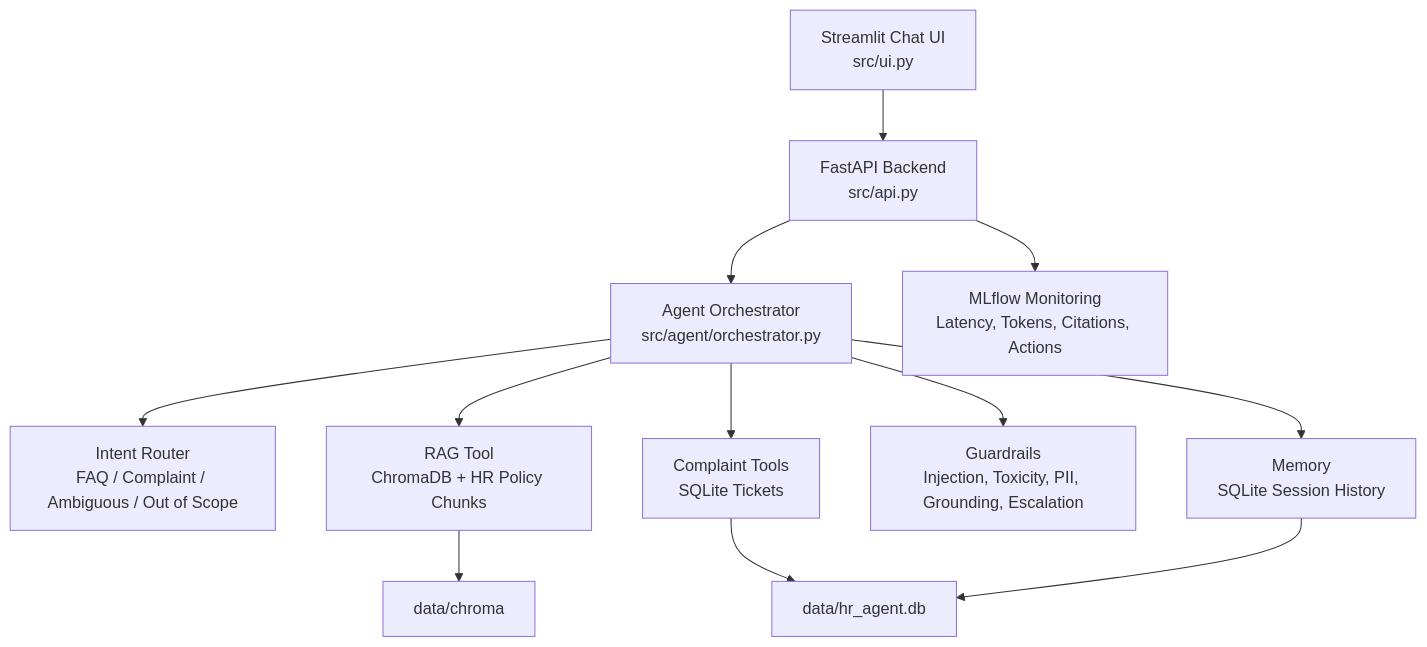
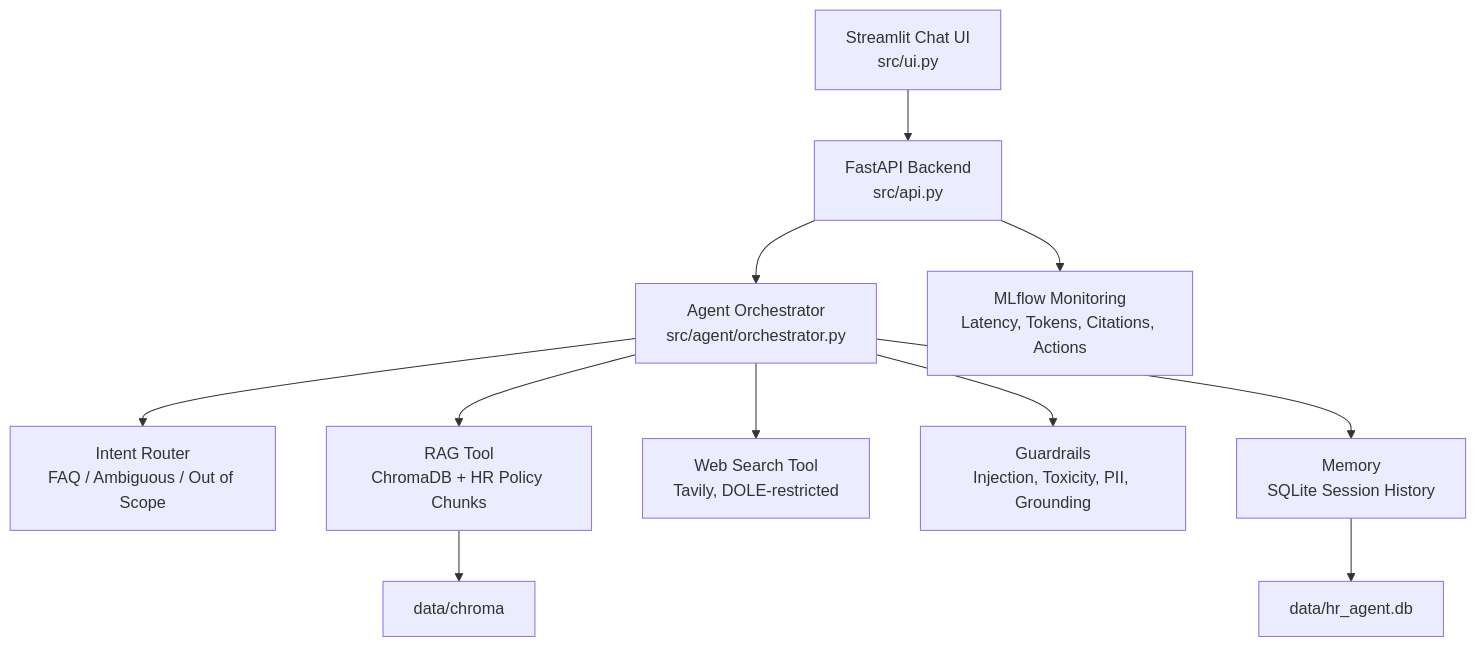
Before and after one commit to tonyyyy0304/stai-capstone: the diagram in README.md, drawn with Mermaid. The commit also changed other lines of this file and 27 other files, not shown here.

Commit message:
feat: removed escalation; fix: evals on guardrails

````diff
--- a/README.md
+++ b/README.md
@@ -28,14 +27,13 @@
 ```mermaid
 flowchart TD
     UI["Streamlit Chat UI<br/>src/ui.py"] --> API["FastAPI Backend<br/>src/api.py"]
     API --> Agent["Agent Orchestrator<br/>src/agent/orchestrator.py"]
-    Agent --> Router["Intent Router<br/>FAQ / Complaint / Ambiguous / Out of Scope"]
+    Agent --> Router["Intent Router<br/>FAQ / Ambiguous / Out of Scope"]
     Agent --> RAG["RAG Tool<br/>ChromaDB + HR Policy Chunks"]
-    Agent --> Tickets["Complaint Tools<br/>SQLite Tickets"]
-    Agent --> Guardrails["Guardrails<br/>Injection, Toxicity, PII, Grounding, Escalation"]
+    Agent --> Web["Web Search Tool<br/>Tavily, DOLE-restricted"]
+    Agent --> Guardrails["Guardrails<br/>Injection, Toxicity, PII, Grounding"]
     Agent --> Memory["Memory<br/>SQLite Session History"]
     API --> MLflow["MLflow Monitoring<br/>Latency, Tokens, Citations, Actions"]
     RAG --> Chroma["data/chroma"]
-    Tickets --> SQLite["data/hr_agent.db"]
-    Memory --> SQLite
+    Memory --> SQLite["data/hr_agent.db"]
 ```
````
